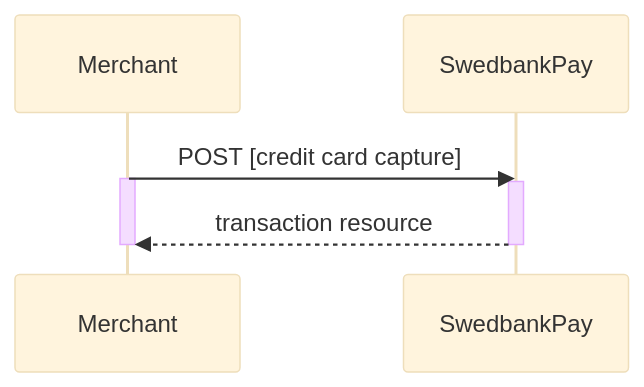
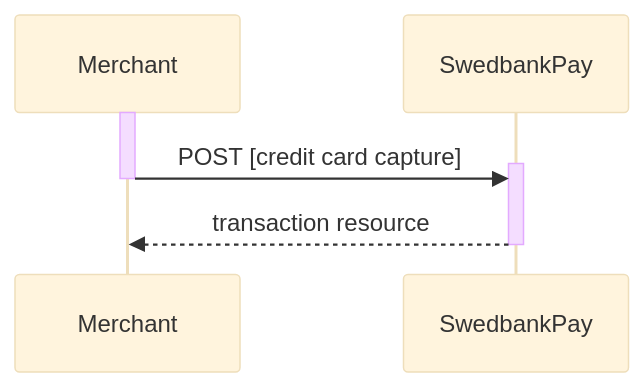
One commit to SwedbankPay/developer.swedbankpay.com changed the fifth of 10 diagrams in payments/credit-card/after-payment.md. Above: the diagram before and after it, drawn with Mermaid (base theme). The commit also changed other lines of this file, not shown here.

Commit message:
DX-406 added descriptions of properties, fixed sequence diagrams, added code fences, typo fix, and added links

````diff
--- a/payments/credit-card/after-payment.md
+++ b/payments/credit-card/after-payment.md
@@ -636,9 +719,8 @@
 ```mermaid
 sequenceDiagram
-  Merchant->>SwedbankPay: POST [credit card capture]
   activate Merchant
-  activate SwedbankPay
+  Merchant->>+SwedbankPay: POST [credit card capture]
+  deactivate Merchant
   SwedbankPay-->>Merchant: transaction resource
   deactivate SwedbankPay
-  deactivate Merchant
 ```
````
